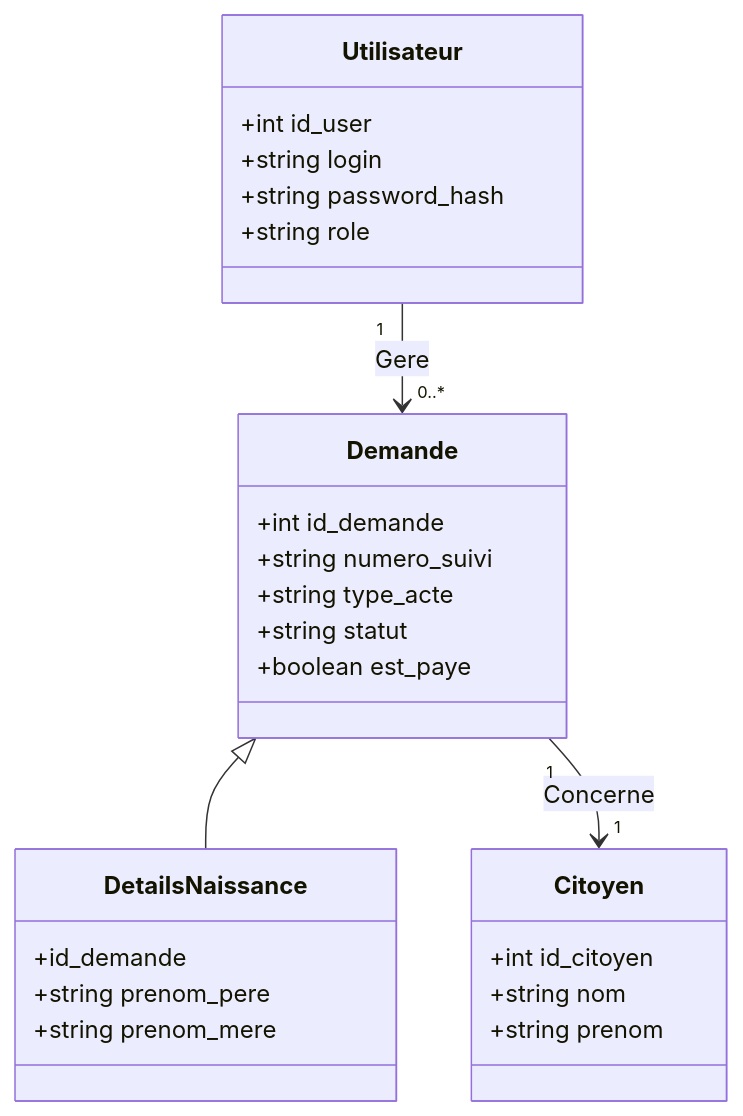
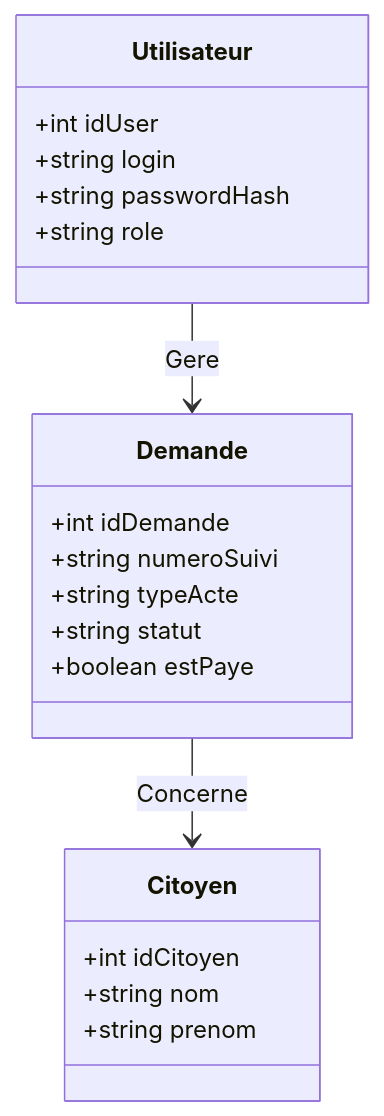
One commit to ELHADJI20032503/Civic-Tech-Niaguis changed the second of 3 diagrams in conception/diagrammes.md. Above: the diagram before and after it, drawn with Mermaid. The commit also changed other lines of this file, not shown here.

Commit message:
fix(uml): reconstruction propre des diagrammes sans erreur de rendu

````diff
--- a/conception/diagrammes.md
+++ b/conception/diagrammes.md
@@ -45,31 +45,25 @@
 ```mermaid
 classDiagram
     direction TB
     class Utilisateur {
-        +int id_user
+        +int idUser
         +string login
-        +string password_hash
+        +string passwordHash
         +string role
     }
     class Demande {
-        +int id_demande
-        +string numero_suivi
-        +string type_acte
+        +int idDemande
+        +string numeroSuivi
+        +string typeActe
         +string statut
-        +boolean est_paye
+        +boolean estPaye
     }
     class Citoyen {
-        +int id_citoyen
+        +int idCitoyen
         +string nom
         +string prenom
     }
-    class DetailsNaissance {
-        +id_demande
-        +string prenom_pere
-        +string prenom_mere
-    }
 
-    Demande <|-- DetailsNaissance
-    Utilisateur "1" --> "0..*" Demande : Gere
-    Demande "1" --> "1" Citoyen : Concerne
+    Utilisateur --> Demande : Gere
+    Demande --> Citoyen : Concerne
 ```
````
